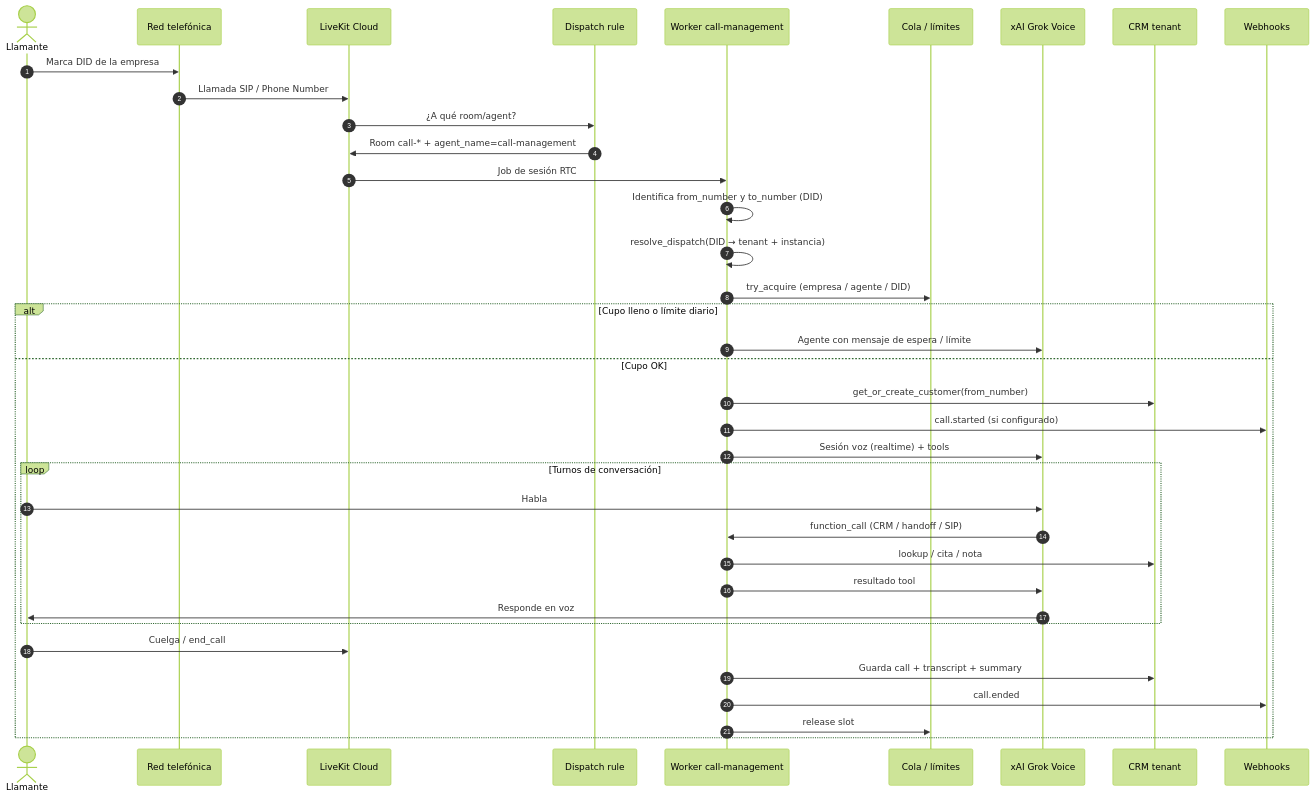
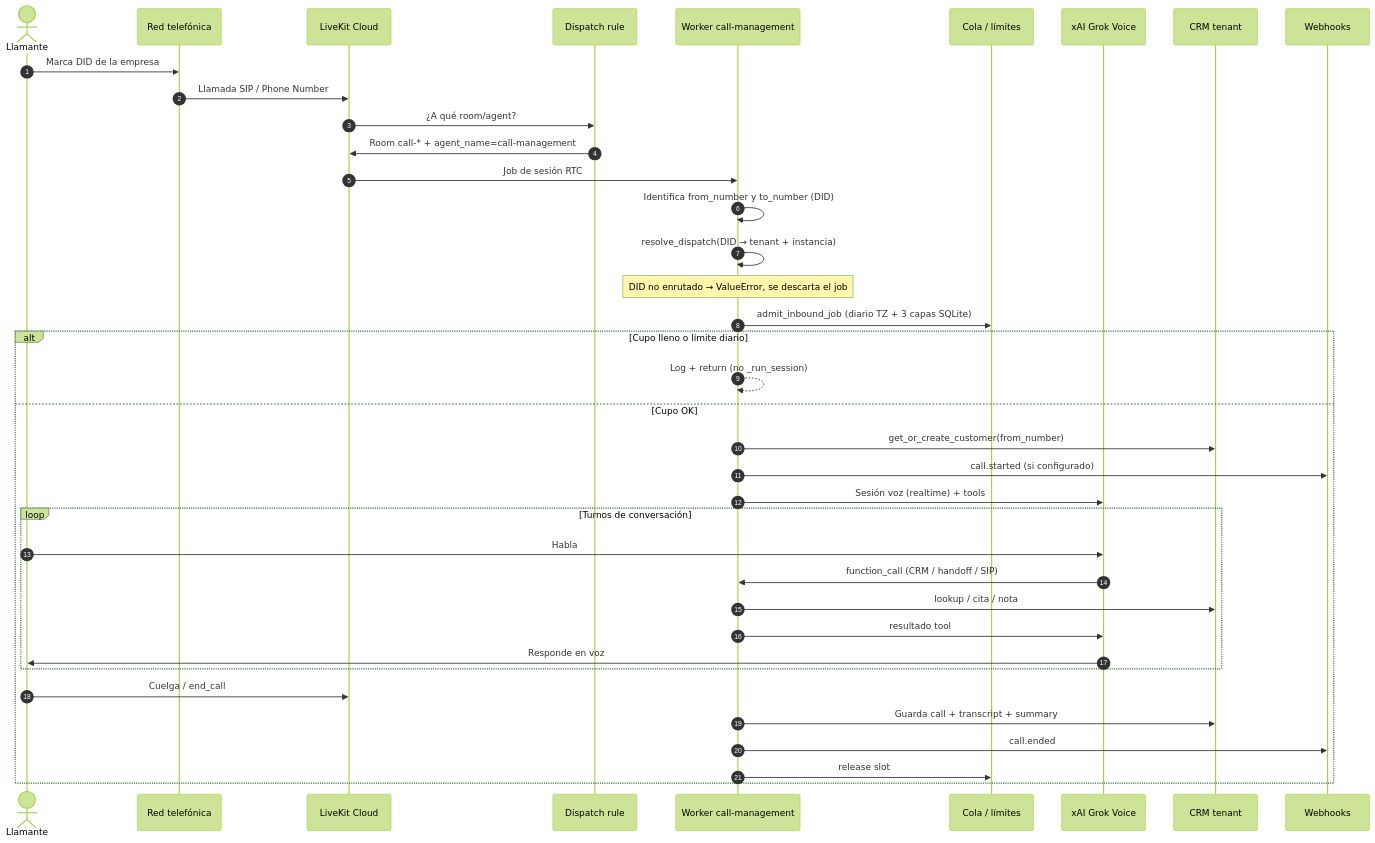
Before and after one commit to Zombie10/CallManagement: the fourth of 20 diagrams in docs/FLUJOS_OPERATIVOS.md, drawn with Mermaid (forest theme). The commit also changed other lines of this file and 7 other files, not shown here.

````diff
--- a/docs/FLUJOS_OPERATIVOS.md
+++ b/docs/FLUJOS_OPERATIVOS.md
@@ -157,40 +157,41 @@
 ```mermaid
 sequenceDiagram
   autonumber
   actor Caller as Llamante
   participant PSTN as Red telefónica
   participant LK as LiveKit Cloud
   participant DR as Dispatch rule
   participant W as Worker call-management
   participant Q as Cola / límites
   participant XAI as xAI Grok Voice
   participant CRM as CRM tenant
   participant WH as Webhooks
 
   Caller->>PSTN: Marca DID de la empresa
   PSTN->>LK: Llamada SIP / Phone Number
   LK->>DR: ¿A qué room/agent?
   DR->>LK: Room call-* + agent_name=call-management
   LK->>W: Job de sesión RTC
   W->>W: Identifica from_number y to_number (DID)
   W->>W: resolve_dispatch(DID → tenant + instancia)
-  W->>Q: try_acquire (empresa / agente / DID)
+  Note over W: DID no enrutado → ValueError, se descarta el job
+  W->>Q: admit_inbound_job (diario TZ + 3 capas SQLite)
   alt Cupo lleno o límite diario
-    W->>XAI: Agente con mensaje de espera / límite
+    W-->>W: Log + return (no _run_session)
   else Cupo OK
     W->>CRM: get_or_create_customer(from_number)
     W->>WH: call.started (si configurado)
     W->>XAI: Sesión voz (realtime) + tools
     loop Turnos de conversación
       Caller->>XAI: Habla
       XAI->>W: function_call (CRM / handoff / SIP)
       W->>CRM: lookup / cita / nota
       W->>XAI: resultado tool
       XAI->>Caller: Responde en voz
     end
     Caller->>LK: Cuelga / end_call
     W->>CRM: Guarda call + transcript + summary
     W->>WH: call.ended
     W->>Q: release slot
   end
 ```
````
